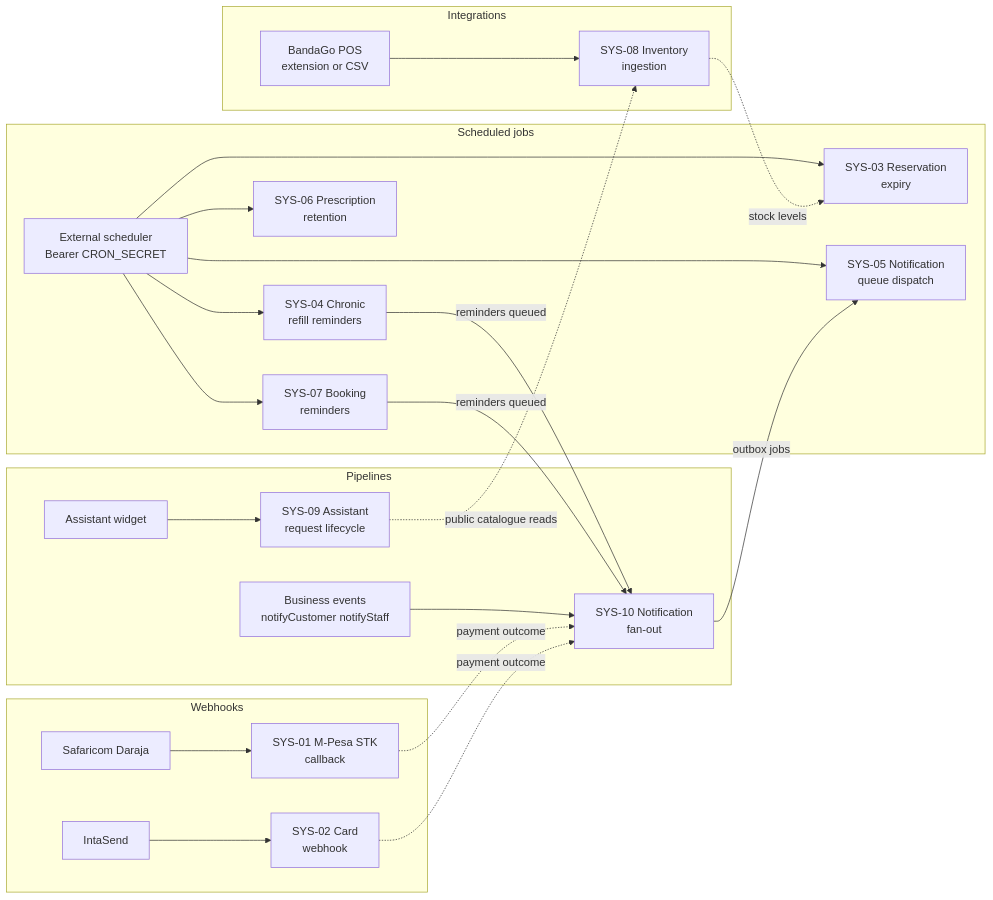
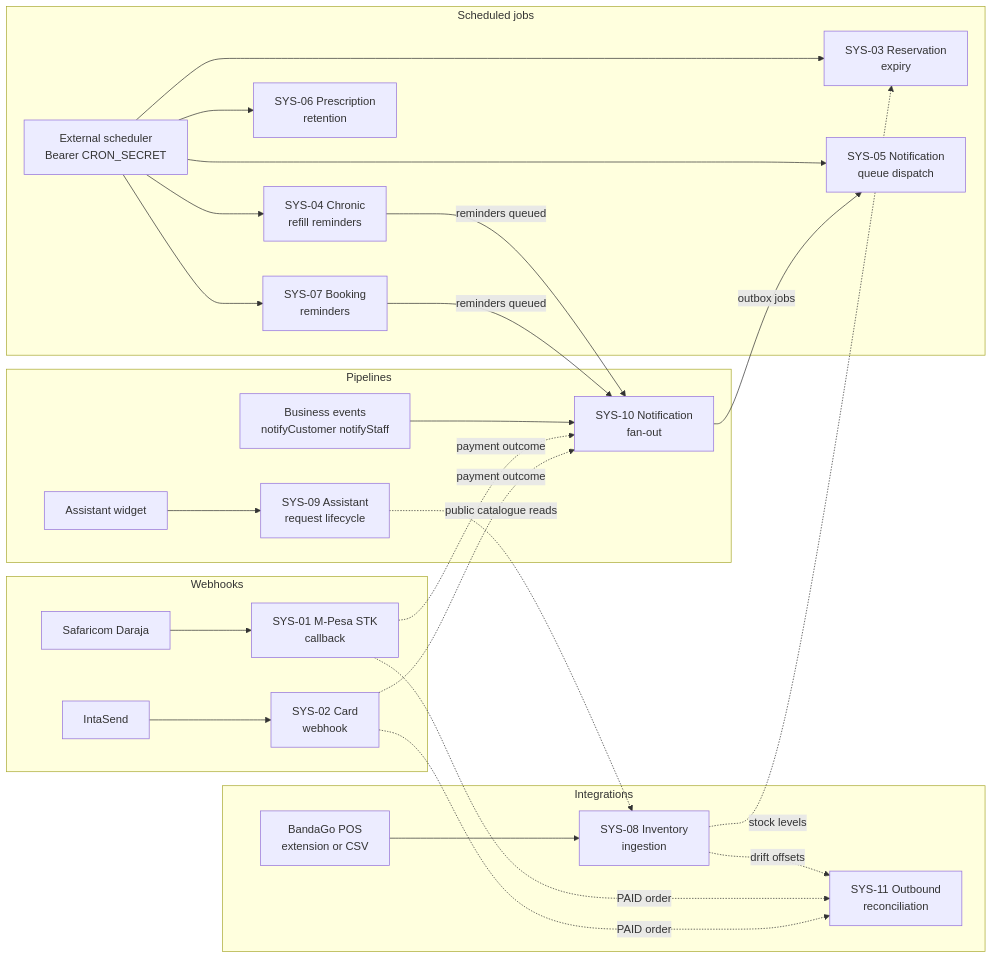
The diagram in docs/journeys/roles/system.md (Elvinoacer/sphere_pharmacy), drawn with Mermaid before and after one commit. The commit also changed other lines of this file and 47 other files, not shown here.

````diff
--- a/docs/journeys/roles/system.md
+++ b/docs/journeys/roles/system.md
@@ -34,28 +34,31 @@
 ```mermaid
 flowchart LR
     subgraph Webhooks
         DAR[Safaricom Daraja] --> SYS01[SYS-01 M-Pesa STK<br/>callback]
         INS[IntaSend] --> SYS02[SYS-02 Card<br/>webhook]
     end
     subgraph Scheduled jobs
         SCHED[External scheduler<br/>Bearer CRON_SECRET] --> SYS03[SYS-03 Reservation<br/>expiry]
         SCHED --> SYS04[SYS-04 Chronic<br/>refill reminders]
         SCHED --> SYS05[SYS-05 Notification<br/>queue dispatch]
         SCHED --> SYS06[SYS-06 Prescription<br/>retention]
         SCHED --> SYS07[SYS-07 Booking<br/>reminders]
     end
     subgraph Integrations
         POS[BandaGo POS<br/>extension or CSV] --> SYS08[SYS-08 Inventory<br/>ingestion]
+        SYS08 -. drift offsets .-> SYS11[SYS-11 Outbound<br/>reconciliation]
     end
     subgraph Pipelines
         CHAT[Assistant widget] --> SYS09[SYS-09 Assistant<br/>request lifecycle]
         EVENTS[Business events<br/>notifyCustomer notifyStaff] --> SYS10[SYS-10 Notification<br/>fan-out]
     end
     SYS01 -. payment outcome .-> SYS10
+    SYS01 -. PAID order .-> SYS11
     SYS02 -. payment outcome .-> SYS10
+    SYS02 -. PAID order .-> SYS11
     SYS04 -- reminders queued --> SYS10
     SYS07 -- reminders queued --> SYS10
     SYS10 -- outbox jobs --> SYS05
     SYS08 -. stock levels .-> SYS03
     SYS09 -. public catalogue reads .-> SYS08
 ```
````
